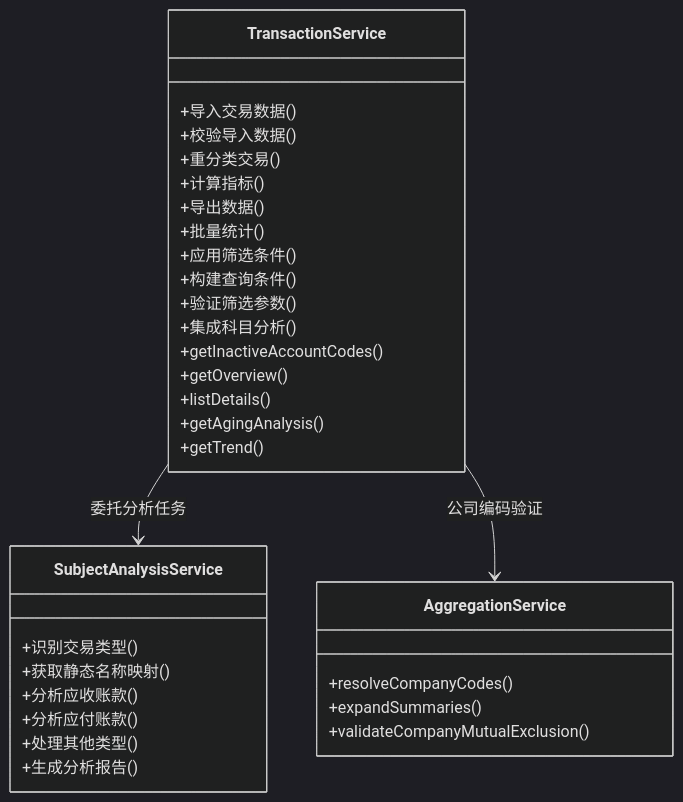
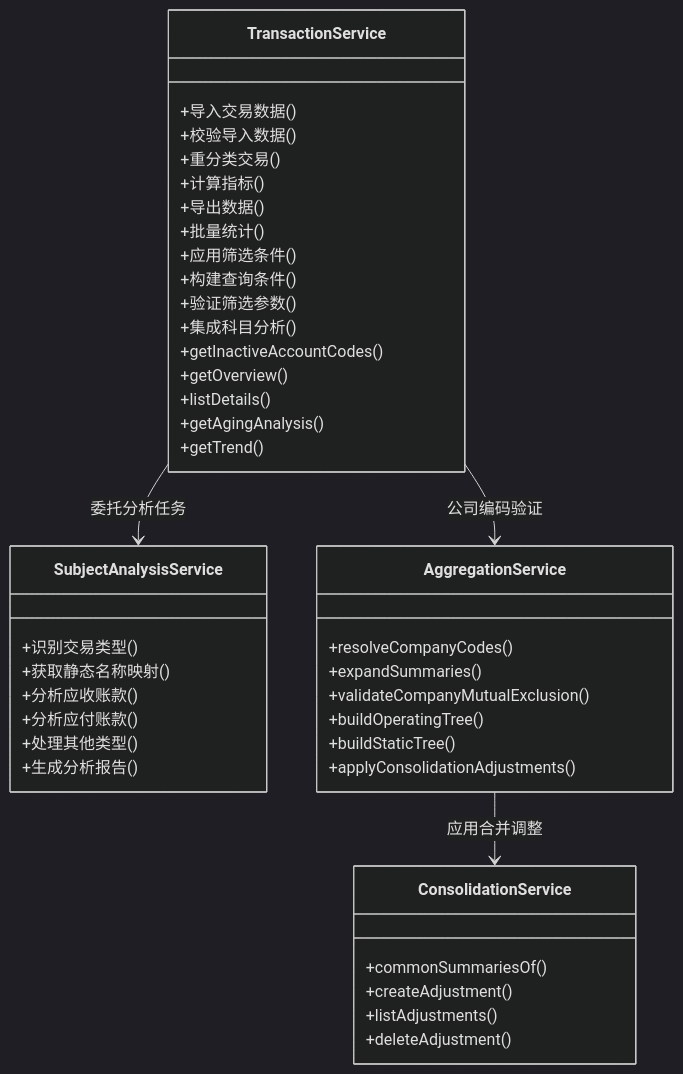
The fourth of 12 diagrams in .qoder/repowiki/zh/content/核心模块/交易分析模块.md (Damao997/newproject), drawn with Mermaid (dark theme) before and after one commit. The commit also changed other lines of this file and 27 other files, not shown here.

````diff
--- a/.qoder/repowiki/zh/content/核心模块/交易分析模块.md
+++ b/.qoder/repowiki/zh/content/核心模块/交易分析模块.md
@@ -248,35 +264,45 @@
 ```mermaid
 classDiagram
 class TransactionService {
 +导入交易数据()
 +校验导入数据()
 +重分类交易()
 +计算指标()
 +导出数据()
 +批量统计()
 +应用筛选条件()
 +构建查询条件()
 +验证筛选参数()
 +集成科目分析()
 +getInactiveAccountCodes()
 +getOverview()
 +listDetails()
 +getAgingAnalysis()
 +getTrend()
 }
 class SubjectAnalysisService {
 +识别交易类型()
 +获取静态名称映射()
 +分析应收账款()
 +分析应付账款()
 +处理其他类型()
 +生成分析报告()
 }
 class AggregationService {
 +resolveCompanyCodes()
 +expandSummaries()
 +validateCompanyMutualExclusion()
++buildOperatingTree()
++buildStaticTree()
++applyConsolidationAdjustments()
+}
+class ConsolidationService {
++commonSummariesOf()
++createAdjustment()
++listAdjustments()
++deleteAdjustment()
 }
 TransactionService --> SubjectAnalysisService : 委托分析任务
 TransactionService --> AggregationService : 公司编码验证
+AggregationService --> ConsolidationService : 应用合并调整
 ```
````
